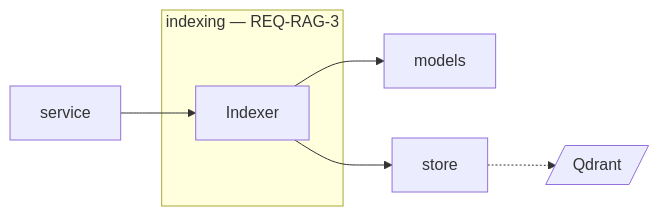
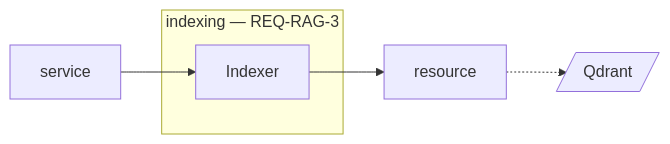
Before and after one commit to victor7-aquila/minerva: the first of 3 diagrams in apps/rag-server/src/minerva_rag/indexing/MODULE.md, drawn with Mermaid. The commit also changed other lines of this file and 19 other files, not shown here.

````diff
--- a/apps/rag-server/src/minerva_rag/indexing/MODULE.md
+++ b/apps/rag-server/src/minerva_rag/indexing/MODULE.md
@@ -46,10 +46,9 @@
 ```mermaid
 flowchart LR
     Service["service"] --> Indexer
     subgraph Boundary["indexing — REQ-RAG-3"]
         Indexer["Indexer"]
     end
-    Indexer --> Models["models"]
-    Indexer --> Store["store"]
-    Store -.-> Qdrant[/"Qdrant"/]
+    Indexer --> Resource["resource"]
+    Resource -.-> Qdrant[/"Qdrant"/]
 ```
````
